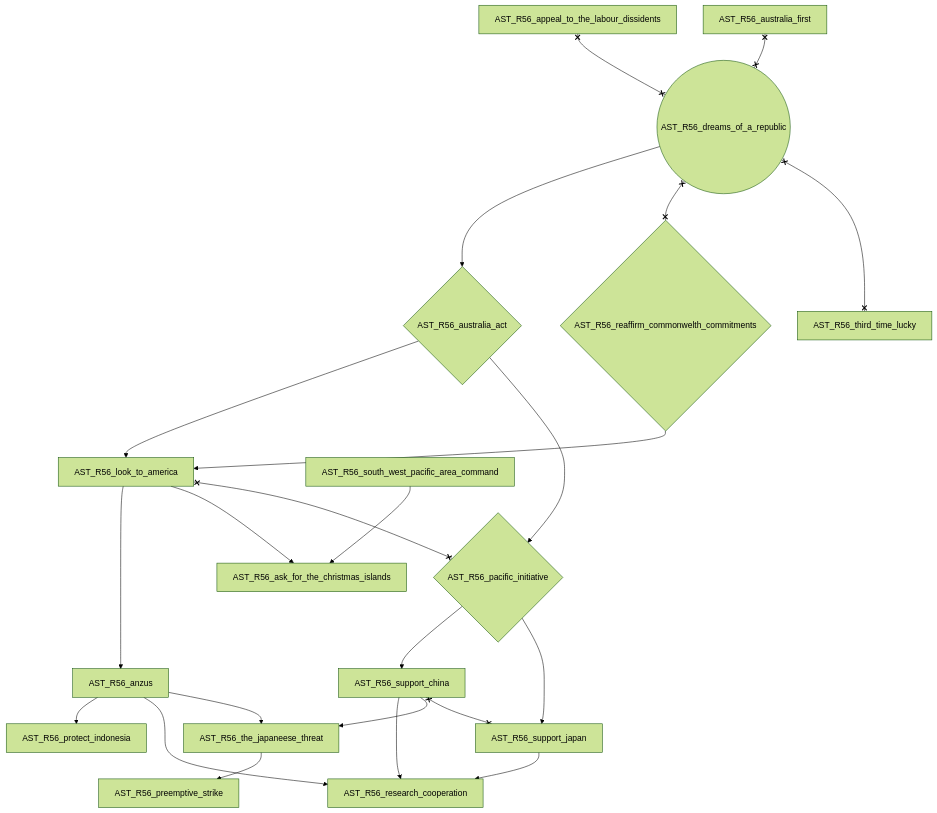
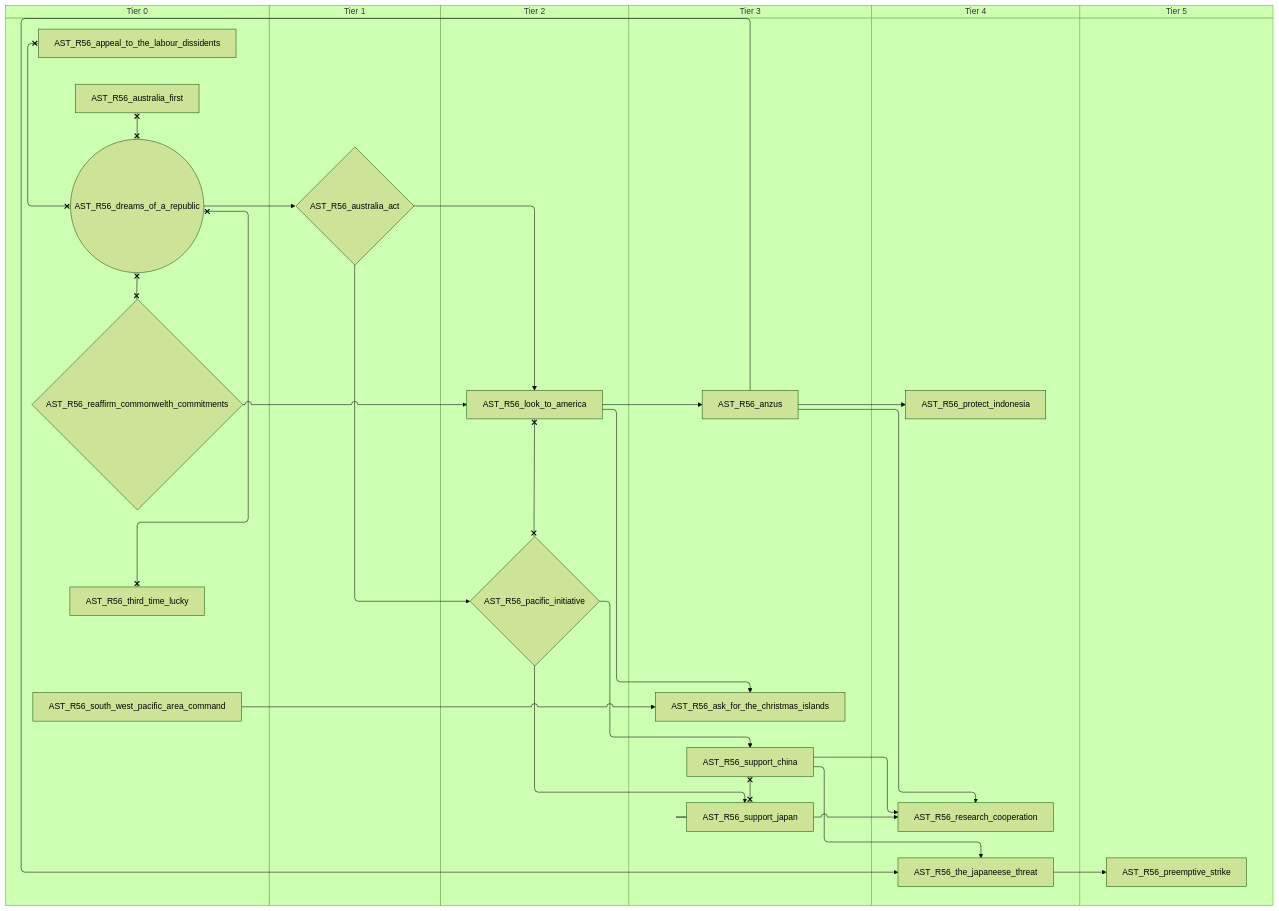
Before and after one commit to evgeny-sobol/hoi4-sandbox-mode-r56: the fifth of 12 diagrams in docs/gdd/National Focuses/australia.md, drawn with Mermaid (forest theme). The commit also changed other lines of this file and 423 other files, not shown here.

First line of the commit message:
Re-export Rt56 focus trees as swimlane diagrams

````diff
--- a/docs/gdd/National Focuses/australia.md
+++ b/docs/gdd/National Focuses/australia.md
@@ -275,42 +329,54 @@
 ```mermaid
-flowchart TD
-    n97["AST_R56_anzus"]
-    n1["AST_R56_appeal_to_the_labour_dissidents"]
-    n98["AST_R56_ask_for_the_christmas_islands"]
-    n99{"AST_R56_australia_act"}
-    n2["AST_R56_australia_first"]
-    n10(("AST_R56_dreams_of_a_republic"))
-    n100["AST_R56_look_to_america"]
-    n101{"AST_R56_pacific_initiative"}
-    n102["AST_R56_preemptive_strike"]
-    n103["AST_R56_protect_indonesia"]
-    n24{"AST_R56_reaffirm_commonwelth_commitments"}
-    n104["AST_R56_research_cooperation"]
-    n105["AST_R56_south_west_pacific_area_command"]
-    n106["AST_R56_support_china"]
-    n107["AST_R56_support_japan"]
-    n108["AST_R56_the_japaneese_threat"]
-    n34["AST_R56_third_time_lucky"]
-    n100 --> n97
-    n105 --> n98
-    n100 --> n98
-    n10 --> n99
-    n99 --> n100
-    n24 --> n100
+swimlane-beta TD
+    subgraph tier_0["Tier 0"]
+        n1["AST_R56_appeal_to_the_labour_dissidents"]
+        n2["AST_R56_australia_first"]
+        n3(("AST_R56_dreams_of_a_republic"))
+        n6{"AST_R56_reaffirm_commonwelth_commitments"}
+        n97["AST_R56_south_west_pacific_area_command"]
+        n8["AST_R56_third_time_lucky"]
+    end
+    subgraph tier_1["Tier 1"]
+        n98{"AST_R56_australia_act"}
+    end
+    subgraph tier_2["Tier 2"]
+        n99["AST_R56_look_to_america"]
+        n100{"AST_R56_pacific_initiative"}
+    end
+    subgraph tier_3["Tier 3"]
+        n101["AST_R56_anzus"]
+        n102["AST_R56_ask_for_the_christmas_islands"]
+        n103["AST_R56_support_china"]
+        n104["AST_R56_support_japan"]
+    end
+    subgraph tier_4["Tier 4"]
+        n105["AST_R56_protect_indonesia"]
+        n106["AST_R56_research_cooperation"]
+        n107["AST_R56_the_japaneese_threat"]
+    end
+    subgraph tier_5["Tier 5"]
+        n108["AST_R56_preemptive_strike"]
+    end
     n99 --> n101
-    n108 --> n102
-    n97 --> n103
-    n97 --> n104
-    n106 --> n104
-    n107 --> n104
+    n97 --> n102
+    n99 --> n102
+    n3 --> n98
+    n98 --> n99
+    n6 --> n99
+    n98 --> n100
+    n107 --> n108
+    n101 --> n105
     n101 --> n106
+    n103 --> n106
+    n104 --> n106
+    n100 --> n103
+    n100 --> n104
     n101 --> n107
-    n97 --> n108
-    n106 --> n108
-    n1 x--x n10
-    n2 x--x n10
-    n10 x--x n24
-    n10 x--x n34
-    n100 x--x n101
-    n106 x--x n107
+    n103 --> n107
+    n1 x--x n3
+    n2 x--x n3
+    n3 x--x n6
+    n3 x--x n8
+    n99 x--x n100
+    n103 x--x n104
 ```
````
